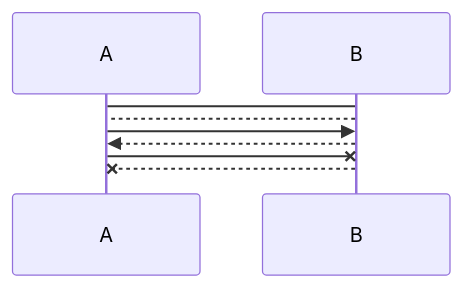
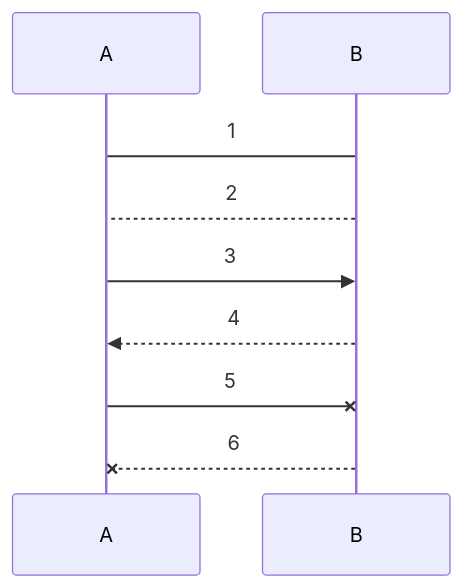
One commit to wqf31415/wqf31415.github.io changed the eighth of 17 diagrams in source/_posts/markdown-中插入-mermaid-图.md. Above: the diagram before and after it, drawn with Mermaid. The commit also changed other lines of this file, not shown here.

Commit message:
:page_with_curl: 修复错误的 mermaid 语法

````diff
--- a/source/_posts/markdown-中插入-mermaid-图.md
+++ b/source/_posts/markdown-中插入-mermaid-图.md
@@ -235,9 +235,9 @@
 ```mermaid
 sequenceDiagram
-    A -> B : 
-    B --> A : 
-    A ->> B : 
-    B -->> A : 
-    A -x B : 
-    B --x A : 
+    A -> B : 1
+    B --> A : 2
+    A ->> B : 3
+    B -->> A : 4
+    A -x B : 5
+    B --x A :6
 ```
````
